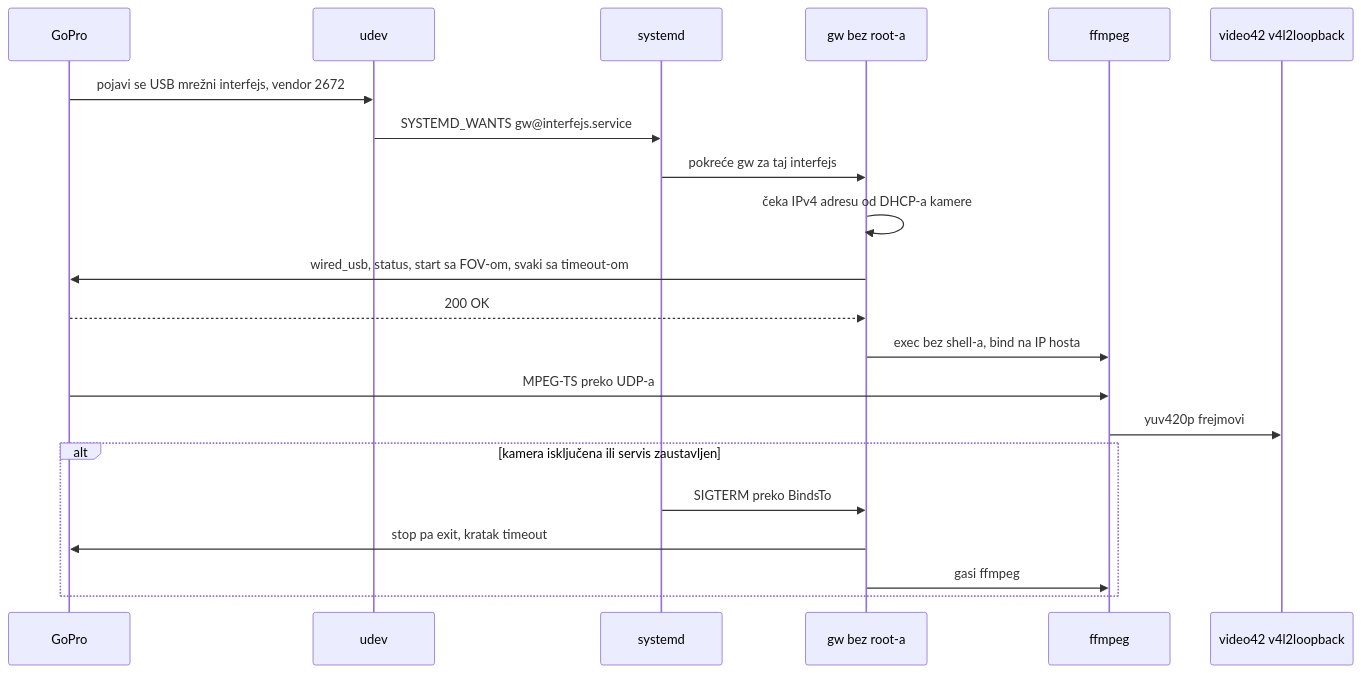
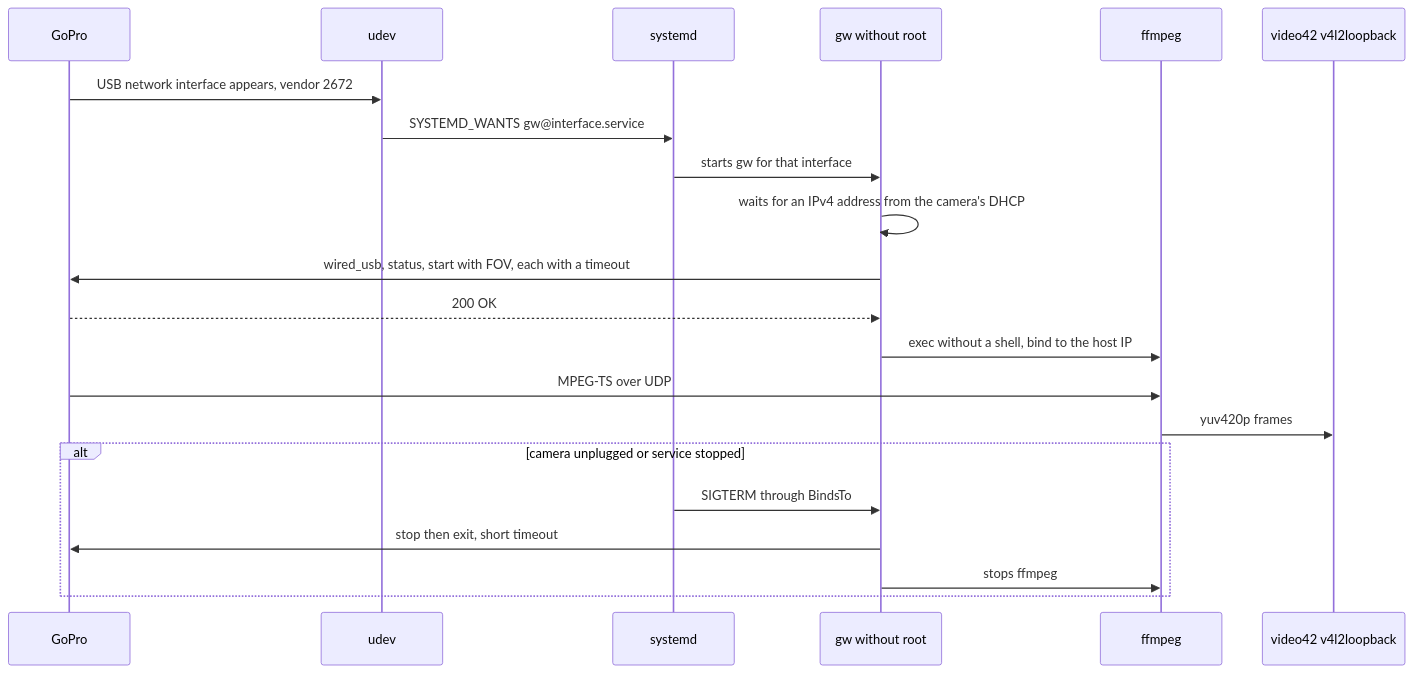
Before and after one commit to darkodemic/gpwebcam: the diagram in docs/plans-and-decisions/gopro-fork-review-and-handover.md, drawn with Mermaid. The commit also changed other lines of this file and 15 other files, not shown here.

````diff
--- a/docs/plans-and-decisions/gopro-fork-review-and-handover.md
+++ b/docs/plans-and-decisions/gopro-fork-review-and-handover.md
@@ -85,23 +85,23 @@
 ```mermaid
 sequenceDiagram
     participant cam as GoPro
     participant udev
     participant sd as systemd
-    participant gw as gw bez root-a
+    participant gw as gw without root
     participant ff as ffmpeg
     participant dev as video42 v4l2loopback
-    cam->>udev: pojavi se USB mrežni interfejs, vendor 2672
-    udev->>sd: SYSTEMD_WANTS gw@interfejs.service
-    sd->>gw: pokreće gw za taj interfejs
-    gw->>gw: čeka IPv4 adresu od DHCP-a kamere
-    gw->>cam: wired_usb, status, start sa FOV-om, svaki sa timeout-om
+    cam->>udev: USB network interface appears, vendor 2672
+    udev->>sd: SYSTEMD_WANTS gw@interface.service
+    sd->>gw: starts gw for that interface
+    gw->>gw: waits for an IPv4 address from the camera's DHCP
+    gw->>cam: wired_usb, status, start with FOV, each with a timeout
     cam-->>gw: 200 OK
-    gw->>ff: exec bez shell-a, bind na IP hosta
-    cam->>ff: MPEG-TS preko UDP-a
-    ff->>dev: yuv420p frejmovi
-    alt kamera isključena ili servis zaustavljen
-        sd->>gw: SIGTERM preko BindsTo
-        gw->>cam: stop pa exit, kratak timeout
-        gw->>ff: gasi ffmpeg
+    gw->>ff: exec without a shell, bind to the host IP
+    cam->>ff: MPEG-TS over UDP
+    ff->>dev: yuv420p frames
+    alt camera unplugged or service stopped
+        sd->>gw: SIGTERM through BindsTo
+        gw->>cam: stop then exit, short timeout
+        gw->>ff: stops ffmpeg
     end
 ```
````
